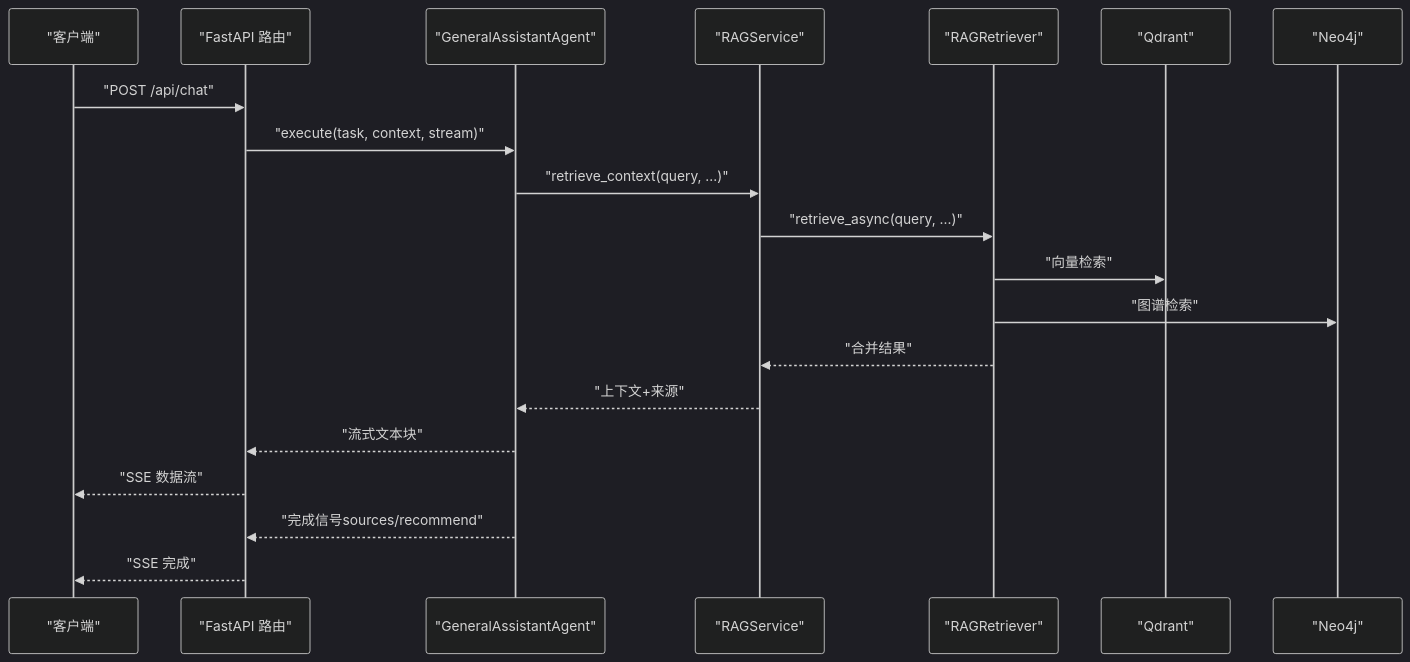
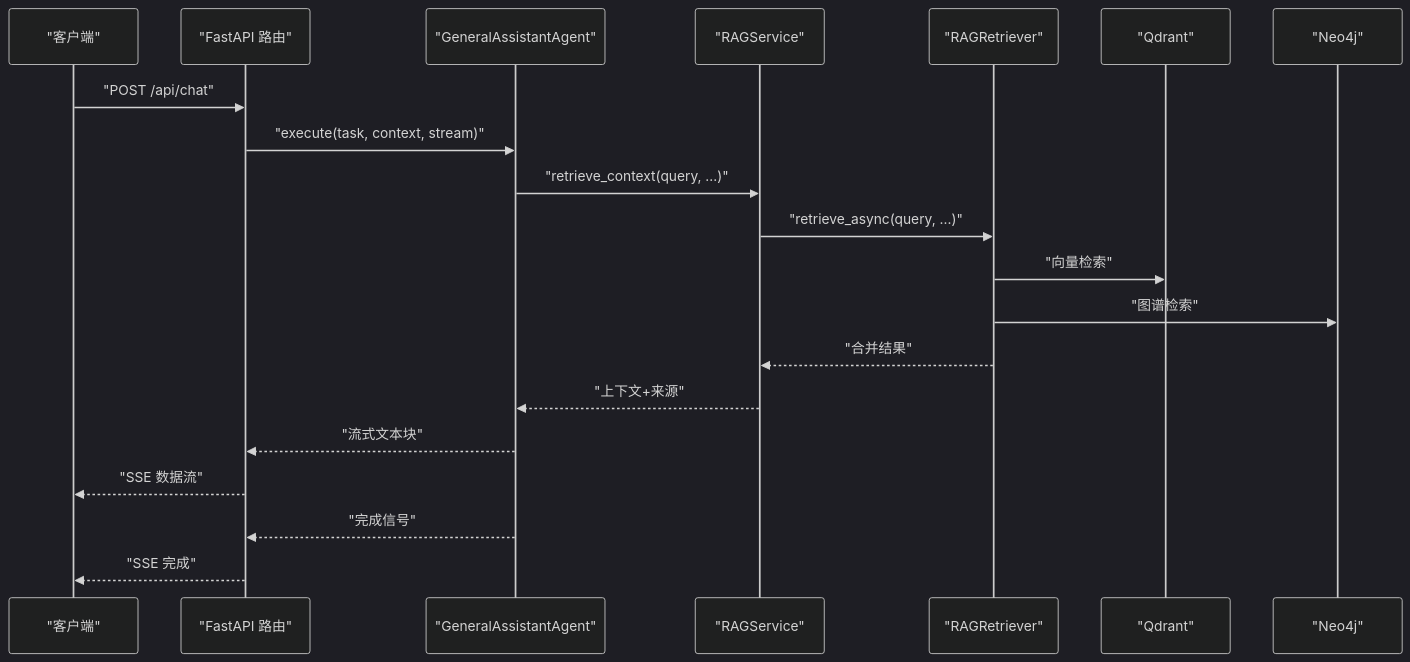
The third of 9 diagrams in .qoder/repowiki/zh/content/项目概述/系统架构总览.md (iammm0/advanced-rag), drawn with Mermaid (dark theme) before and after one commit. The commit also changed other lines of this file and 5 other files, not shown here.

````diff
--- a/.qoder/repowiki/zh/content/项目概述/系统架构总览.md
+++ b/.qoder/repowiki/zh/content/项目概述/系统架构总览.md
@@ -164,22 +211,22 @@
 ```mermaid
 sequenceDiagram
 participant C as "客户端"
 participant API as "FastAPI 路由"
 participant AG as "GeneralAssistantAgent"
 participant RS as "RAGService"
 participant RR as "RAGRetriever"
 participant Q as "Qdrant"
 participant N as "Neo4j"
 C->>API : "POST /api/chat"
 API->>AG : "execute(task, context, stream)"
 AG->>RS : "retrieve_context(query, ...)"
 RS->>RR : "retrieve_async(query, ...)"
 RR->>Q : "向量检索"
 RR->>N : "图谱检索"
 RR-->>RS : "合并结果"
 RS-->>AG : "上下文+来源"
 AG-->>API : "流式文本块"
 API-->>C : "SSE 数据流"
-AG-->>API : "完成信号sources/recommend"
+AG-->>API : "完成信号"
 API-->>C : "SSE 完成"
 ```
````
